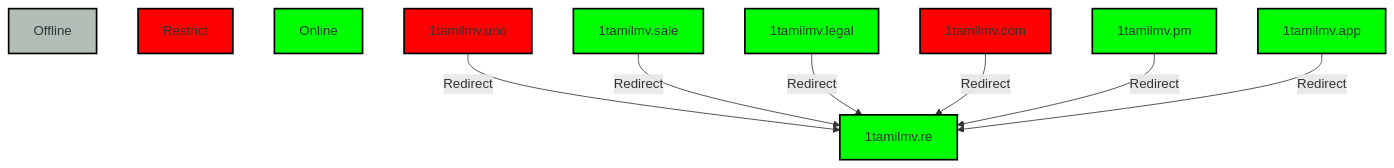
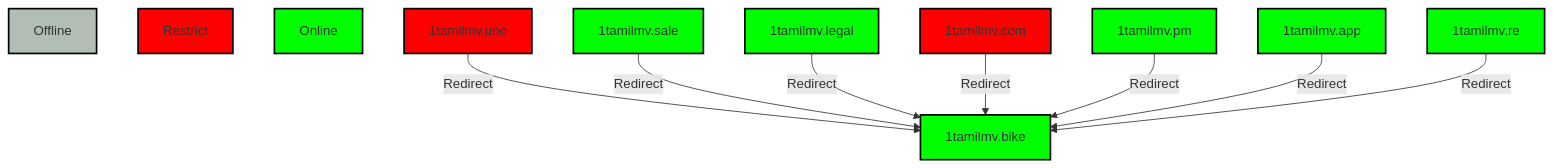
Before and after one commit to Tpj-root/SiteEvolution: the diagram in README.md, drawn with Mermaid. The commit also changed other lines of this file and 35 other files, not shown here.

````diff
--- a/README.md
+++ b/README.md
@@ -448,24 +460,28 @@
 ```mermaid
 graph TD;
     style A fill:#B2BEB5,stroke:#000,stroke-width:2px;
     style R fill:#f00,stroke:#000,stroke-width:2px;
     style G fill:#0f0,stroke:#000,stroke-width:2px;
     style G1 fill:#f00,stroke:#000,stroke-width:2px;
     style G2 fill:#0f0,stroke:#000,stroke-width:2px;
     style G3 fill:#0f0,stroke:#000,stroke-width:2px;
     style G4 fill:#f00,stroke:#000,stroke-width:2px;
     style G5 fill:#0f0,stroke:#000,stroke-width:2px;
     style G6 fill:#0f0,stroke:#000,stroke-width:2px;
     style G7 fill:#0f0,stroke:#000,stroke-width:2px;
-    
+    style G8 fill:#0f0,stroke:#000,stroke-width:2px;
+
     
     G[Online]
     A[Offline]
     R[Restrict]
-    G1[1tamilmv.uno] -->|Redirect| G5[1tamilmv.re]
-    G2[1tamilmv.sale] -->|Redirect| G5[1tamilmv.re]
-    G3[1tamilmv.legal] -->|Redirect| G5[1tamilmv.re]
-    G4[1tamilmv.com] -->|Redirect| G5[1tamilmv.re]
-    G6[1tamilmv.pm] -->|Redirect| G5[1tamilmv.re]
-    G7[1tamilmv.app] -->|Redirect| G5[1tamilmv.re]
+    G1[1tamilmv.uno] -->|Redirect| G5[1tamilmv.bike]
+    G2[1tamilmv.sale] -->|Redirect| G5[1tamilmv.bike]
+    G3[1tamilmv.legal] -->|Redirect| G5[1tamilmv.bike]
+    G4[1tamilmv.com] -->|Redirect| G5[1tamilmv.bike]
+    G6[1tamilmv.pm] -->|Redirect| G5[1tamilmv.bike]
+    G7[1tamilmv.app] -->|Redirect| G5[1tamilmv.bike]
+    G8[1tamilmv.re] -->|Redirect| G5[1tamilmv.bike]
+
+
 ```
````
